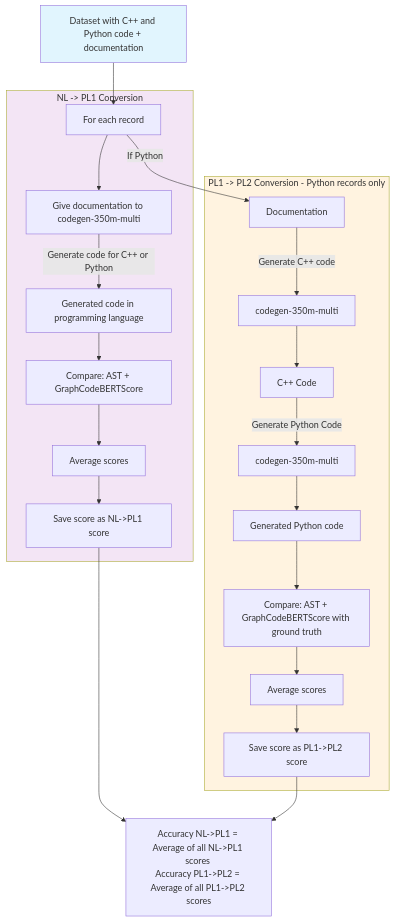
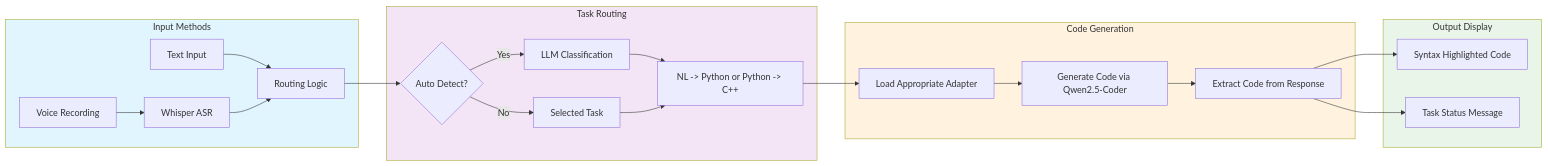
Before and after one commit to nayanjha16/CodeGen-Implementations-May_26: the fourth of 7 diagrams in Group-30/Architecture/Diagrams.md, drawn with Mermaid. The commit also changed other lines of this file, not shown here.

````diff
--- a/Group-30/Architecture/Diagrams.md
+++ b/Group-30/Architecture/Diagrams.md
@@ -42,30 +423,32 @@
 ```mermaid
-flowchart TD
-    A[Dataset with C++ and Python code + documentation] --> B[For each record]
-
-    subgraph NLtoPL[NL -> PL1 Conversion]
-        B --> C[Give documentation to codegen-350m-multi]
-        C -- "Generate code for C++ or Python" --> D[Generated code in programming language]
-        D --> E[Compare: AST + GraphCodeBERTScore]
-        E --> F[Average scores]
-        F --> G[Save score as NL->PL1 score]
+flowchart LR
+    subgraph Input[Input Methods]
+        A[Text Input] --> B[Routing Logic]
+        C[Voice Recording] --> D[Whisper ASR]
+        D --> B
     end
 
-    subgraph PLtoPL[PL1 -> PL2 Conversion - Python records only]
-        B -- "If Python" --> H1[Documentation]
-        H1 --"Generate C++ code"--> H[codegen-350m-multi]
-        H --> I[C++ Code]
-        I -- "Generate Python Code" -->J[codegen-350m-multi]
-        J --> K[Generated Python code]
-        K --> L[Compare: AST + GraphCodeBERTScore with ground truth]
-        L --> M[Average scores]
-        M --> N[Save score as PL1->PL2 score]
+    subgraph Routing[Task Routing]
+        B --> E{Auto Detect?}
+        E -->|Yes| F[LLM Classification]
+        E -->|No| G[Selected Task]
+        F --> H[NL -> Python or Python -> C++]
+        G --> H
     end
 
-    G --> O[Accuracy NL->PL1 = Average of all NL->PL1 scores <br>Accuracy PL1->PL2 = Average of all PL1->PL2 scores]
-    N --> O
+    subgraph Processing[Code Generation]
+        H --> I[Load Appropriate Adapter]
+        I --> J[Generate Code via Qwen2.5-Coder]
+        J --> K[Extract Code from Response]
+    end
 
-    style A fill:#e1f5fe
-    style NLtoPL fill:#f3e5f5
-    style PLtoPL fill:#fff3e0
+    subgraph Output[Output Display]
+        K --> L[Syntax Highlighted Code]
+        K --> M[Task Status Message]
+    end
+
+    style Input fill:#e1f5fe
+    style Routing fill:#f3e5f5
+    style Processing fill:#fff3e0
+    style Output fill:#e8f5e8
 ```
````
